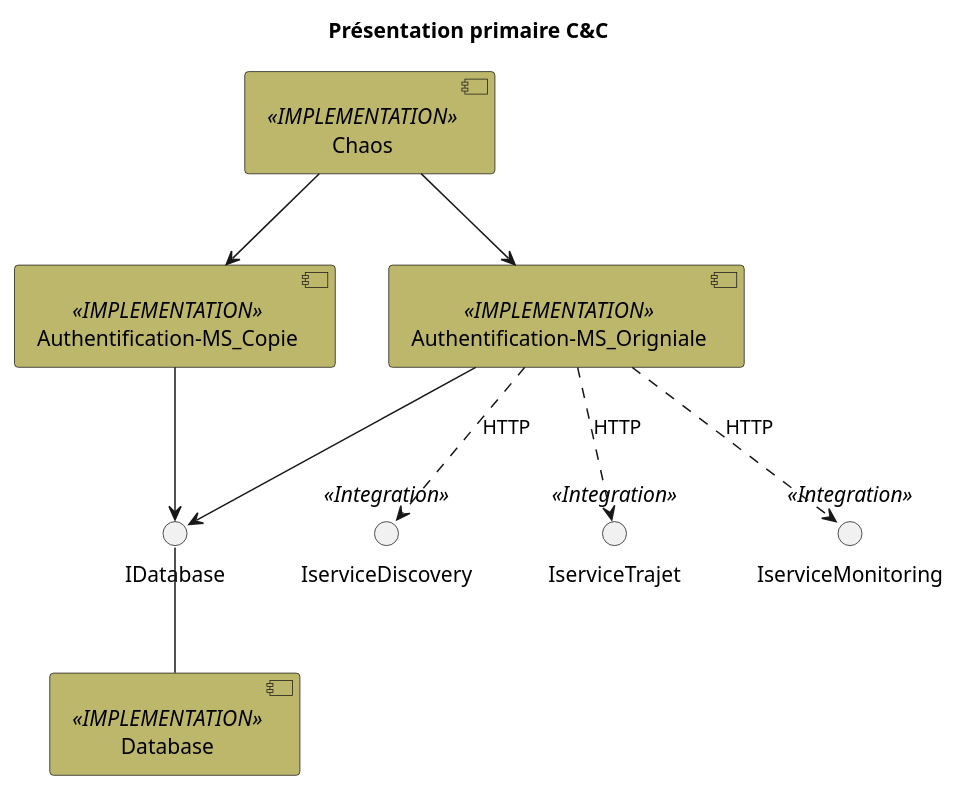
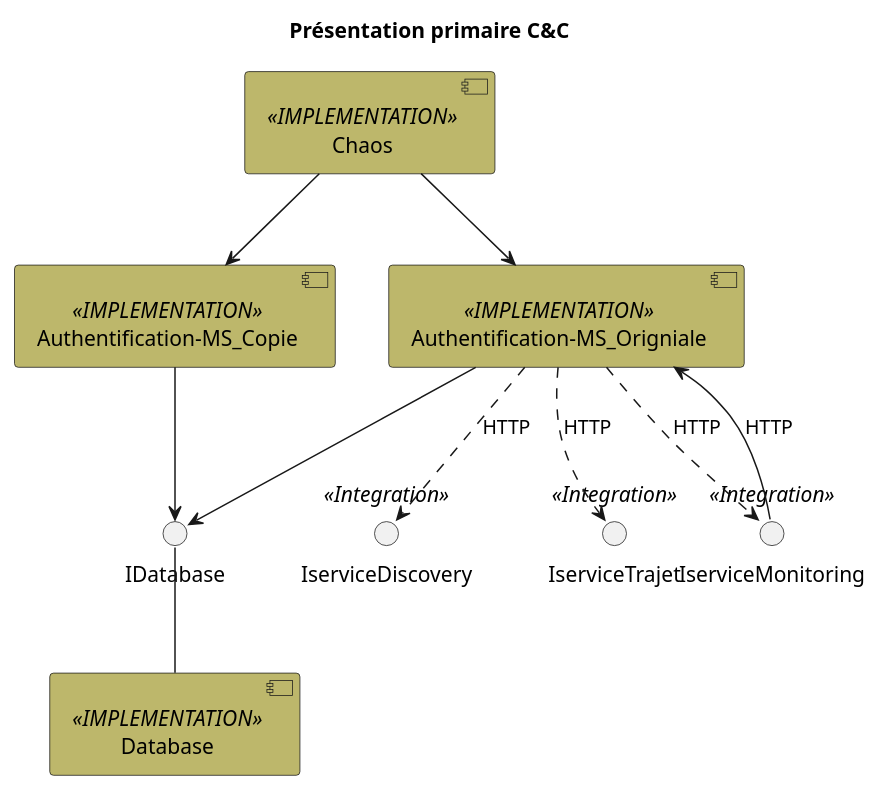
One commit to LOG430-MicroServices/LOG430-STM changed the diagram in doc/plantuml/Vues_Achitecturales_c&C/Presentation_primaire.plantuml. Above: the diagram before and after it, drawn with PlantUML. The commit also changed 3 other files, not shown here.

```diff
--- a/doc/plantuml/Vues_Achitecturales_c&C/Presentation_primaire.plantuml
+++ b/doc/plantuml/Vues_Achitecturales_c&C/Presentation_primaire.plantuml
@@ -2,30 +2,31 @@
 @startuml
 title Présentation primaire C&C
 skinparam component {
   backgroundColor<<IMPLEMENTATION>> DarkKhaki
   backgroundColor<<Integration>> yellow
 }
 component Authentification-MS_Copie  as ms2 <<IMPLEMENTATION>> {
   }
 component Authentification-MS_Origniale as ms1 <<IMPLEMENTATION>>{
   }
   () IserviceDiscovery as equipe4 <<Integration>> 
   () IserviceTrajet as equipe6 <<Integration>> 
  
   () IserviceMonitoring  as equipe8 <<Integration>>
 
   () IDatabase
 
 [Database] as bd <<IMPLEMENTATION>>
 [Chaos] as k <<IMPLEMENTATION>>
 
 k --> ms1
 k --> ms2
  ms1 ..> equipe4: HTTP
  ms1 ..> equipe6 : HTTP
  ms1 ..> equipe8 : HTTP
+ equipe8 --> ms1 : HTTP
 ms1 --> IDatabase
 ms2 --> IDatabase
 IDatabase -- bd
 
 @enduml
```
